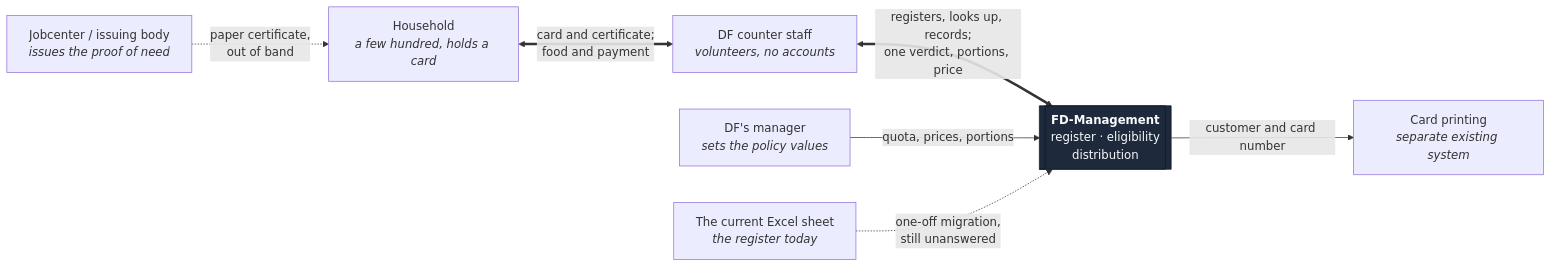
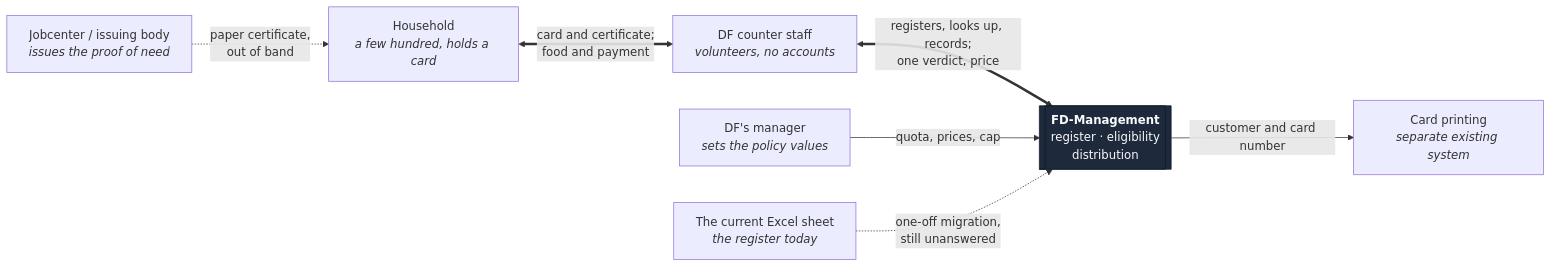
Before and after one commit to Lin0pan/FD-management: the first of 2 diagrams in docs/architecture/03-context-and-scope.md, drawn with Mermaid. The commit also changed other lines of this file and 83 other files, not shown here.

````diff
--- a/docs/architecture/03-context-and-scope.md
+++ b/docs/architecture/03-context-and-scope.md
@@ -12,20 +12,20 @@
 ```mermaid
 flowchart LR
     jobcenter["Jobcenter / issuing body<br/><i>issues the proof of need</i>"]
     customer["Household<br/><i>a few hundred, holds a card</i>"]
     staff["DF counter staff<br/><i>volunteers, no accounts</i>"]
     fd[["<b>FD-Management</b><br/>register · eligibility<br/>distribution"]]
     manager["DF's manager<br/><i>sets the policy values</i>"]
     printer["Card printing<br/><i>separate existing system</i>"]
     excel["The current Excel sheet<br/><i>the register today</i>"]
 
     jobcenter -. "paper certificate,<br/>out of band" .-> customer
     customer <== "card and certificate;<br/>food and payment" ==> staff
-    staff <== "registers, looks up, records;<br/>one verdict, portions, price" ==> fd
-    manager -- "quota, prices, portions" --> fd
+    staff <== "registers, looks up, records;<br/>one verdict, price" ==> fd
+    manager -- "quota, prices, cap" --> fd
     fd -- "customer and card number" --> printer
     excel -. "one-off migration,<br/>still unanswered" .-> fd
 
     classDef system fill:#1e293b,stroke:#0f172a,color:#f8fafc
     class fd system
 ```
````
